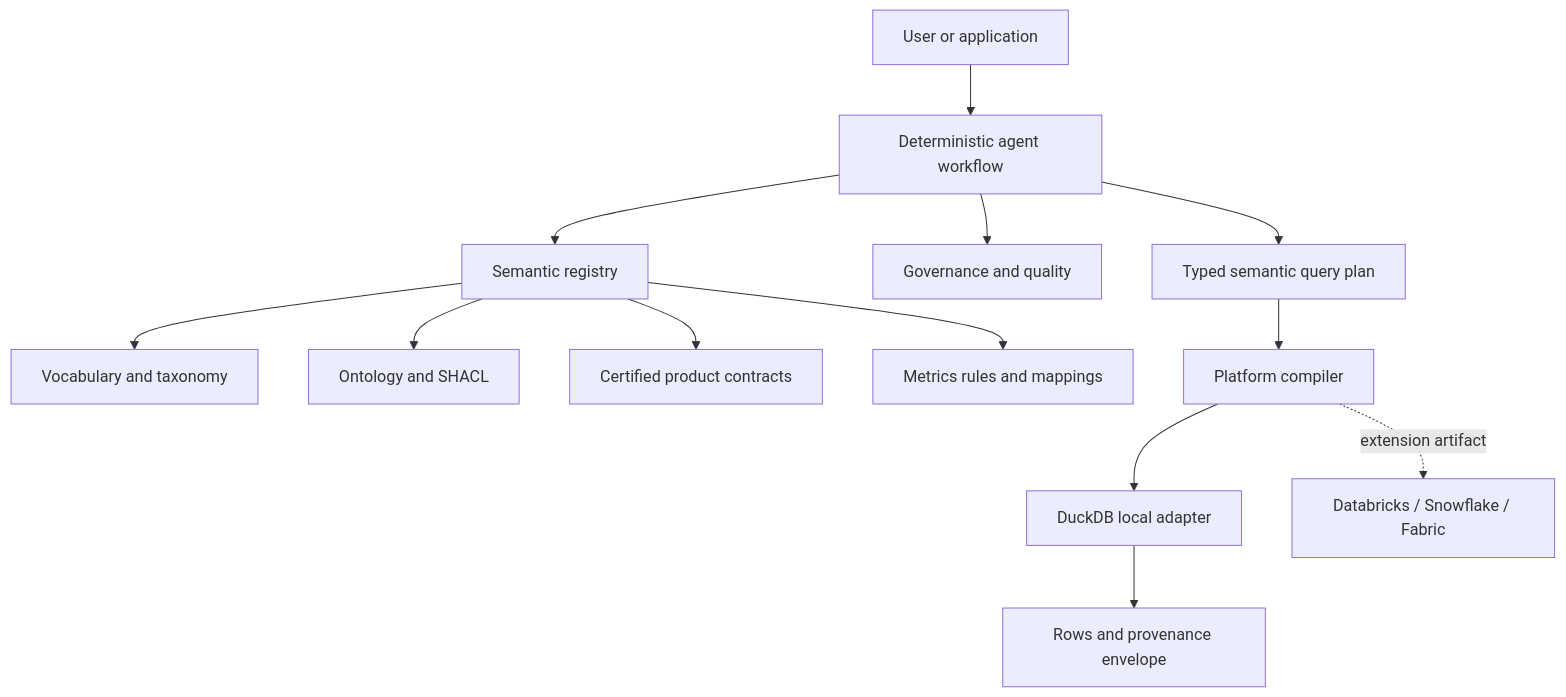
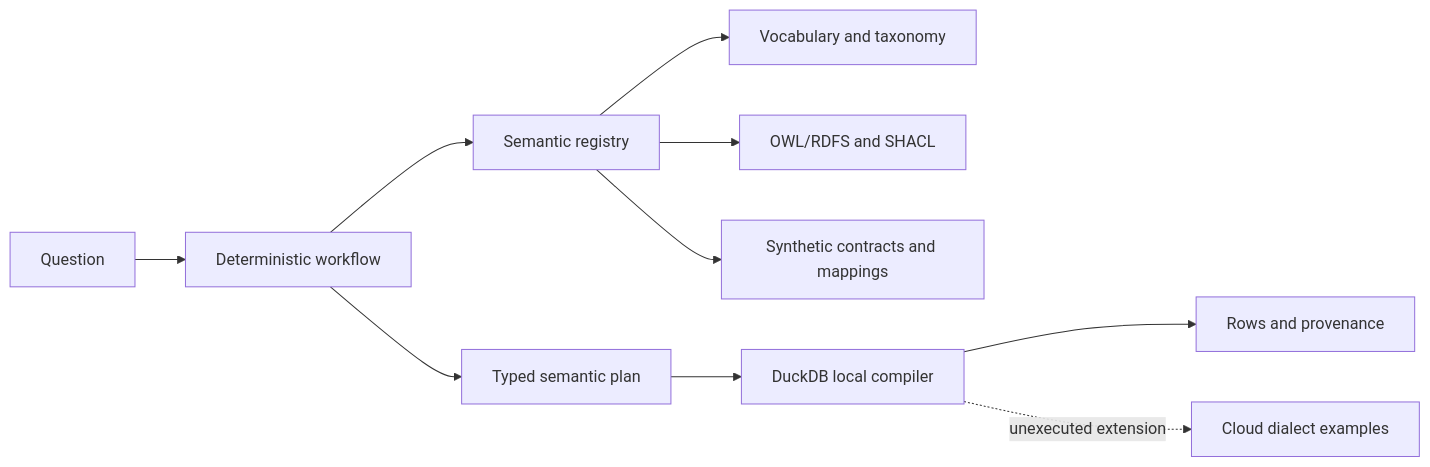
One commit to Sugumaran-Balasubramaniyan/enterprise-agentic-semantic-layer changed the second of 3 diagrams in docs/architecture.md. Above: the diagram before and after it, drawn with Mermaid. The commit also changed other lines of this file and 19 other files, not shown here.

````diff
--- a/docs/architecture.md
+++ b/docs/architecture.md
@@ -10,15 +39,12 @@
 ```mermaid
-flowchart TB
-    U[User or application] --> A[Deterministic agent workflow]
-    A --> R[Semantic registry]
-    R --> V[Vocabulary and taxonomy]
-    R --> O[Ontology and SHACL]
-    R --> P[Certified product contracts]
-    R --> M[Metrics rules and mappings]
-    A --> G[Governance and quality]
-    A --> Q[Typed semantic query plan]
-    Q --> C[Platform compiler]
-    C --> D[DuckDB local adapter]
-    C -. extension artifact .-> X[Databricks / Snowflake / Fabric]
-    D --> E[Rows and provenance envelope]
+flowchart LR
+    R[Semantic registry] --> V[Vocabulary and taxonomy]
+    R --> O[OWL/RDFS and SHACL]
+    R --> C[Synthetic contracts and mappings]
+    A[Question] --> W[Deterministic workflow]
+    W --> R
+    W --> P[Typed semantic plan]
+    P --> D[DuckDB local compiler]
+    D --> E[Rows and provenance]
+    D -. unexecuted extension .-> X[Cloud dialect examples]
 ```
````
